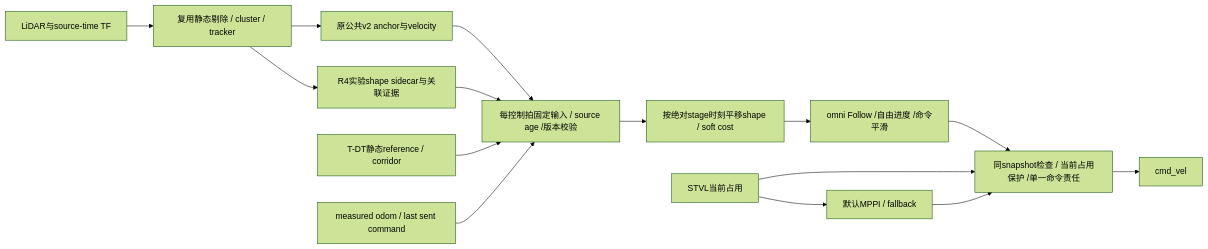
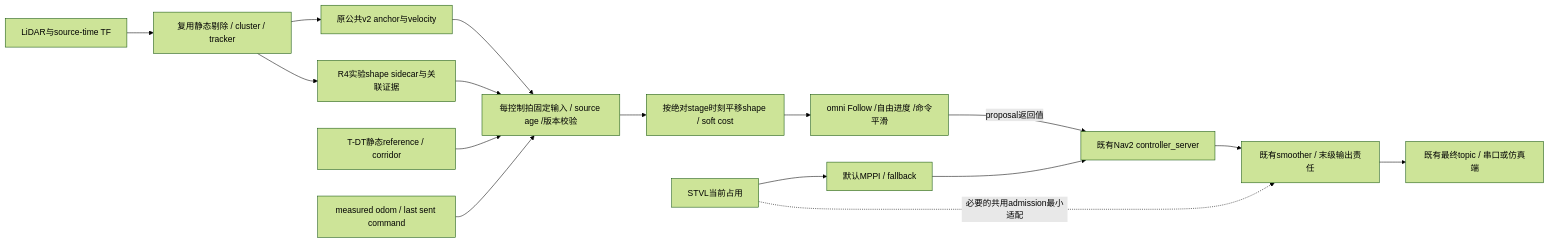
One commit to qiheiouo/rm2027_navigation changed the second of 2 diagrams in docs/dynamic_navigation/r4_hws_prediction_consumption_audit.md. Above: the diagram before and after it, drawn with Mermaid (forest theme). The commit also changed other lines of this file and 5 other files, not shown here.

````diff
--- a/docs/dynamic_navigation/r4_hws_prediction_consumption_audit.md
+++ b/docs/dynamic_navigation/r4_hws_prediction_consumption_audit.md
@@ -312,17 +314,18 @@
 ```mermaid
 flowchart LR
   L[LiDAR与source-time TF] --> TR[复用静态剔除 / cluster / tracker]
   TR --> V[原公共v2 anchor与velocity]
   TR --> SH[R4实验shape sidecar与关联证据]
   V --> SNAP[每控制拍固定输入 / source age /版本校验]
   SH --> SNAP
   TD[T-DT静态reference / corridor] --> SNAP
   OD[measured odom / last sent command] --> SNAP
   SNAP --> MAP[按绝对stage时刻平移shape / soft cost]
   MAP --> FOLLOW[omni Follow /自由进度 /命令平滑]
-  FOLLOW --> EXEC[同snapshot检查 / 当前占用保护 /单一命令责任]
-  EXEC --> CMD[cmd_vel]
-  ST[STVL当前占用] --> EXEC
+  FOLLOW -->|proposal返回值| HOST[既有Nav2 controller_server]
+  HOST --> OWNER[既有smoother / 末级输出责任]
+  OWNER --> CMD[既有最终topic / 串口或仿真端]
+  ST[STVL当前占用] -. 必要的共用admission最小适配 .-> OWNER
   ST --> B0[默认MPPI / fallback]
-  B0 --> EXEC
+  B0 --> HOST
 ```
````
